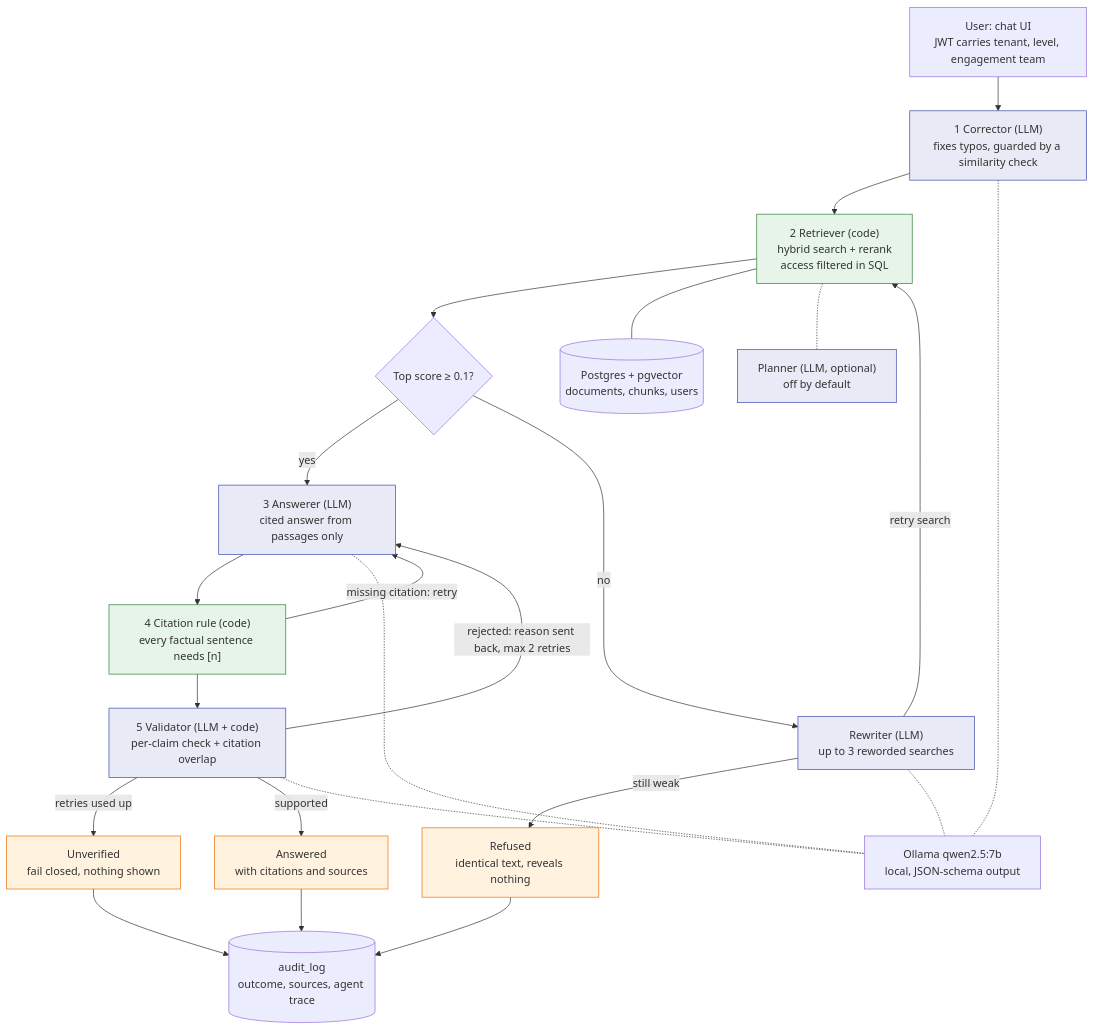
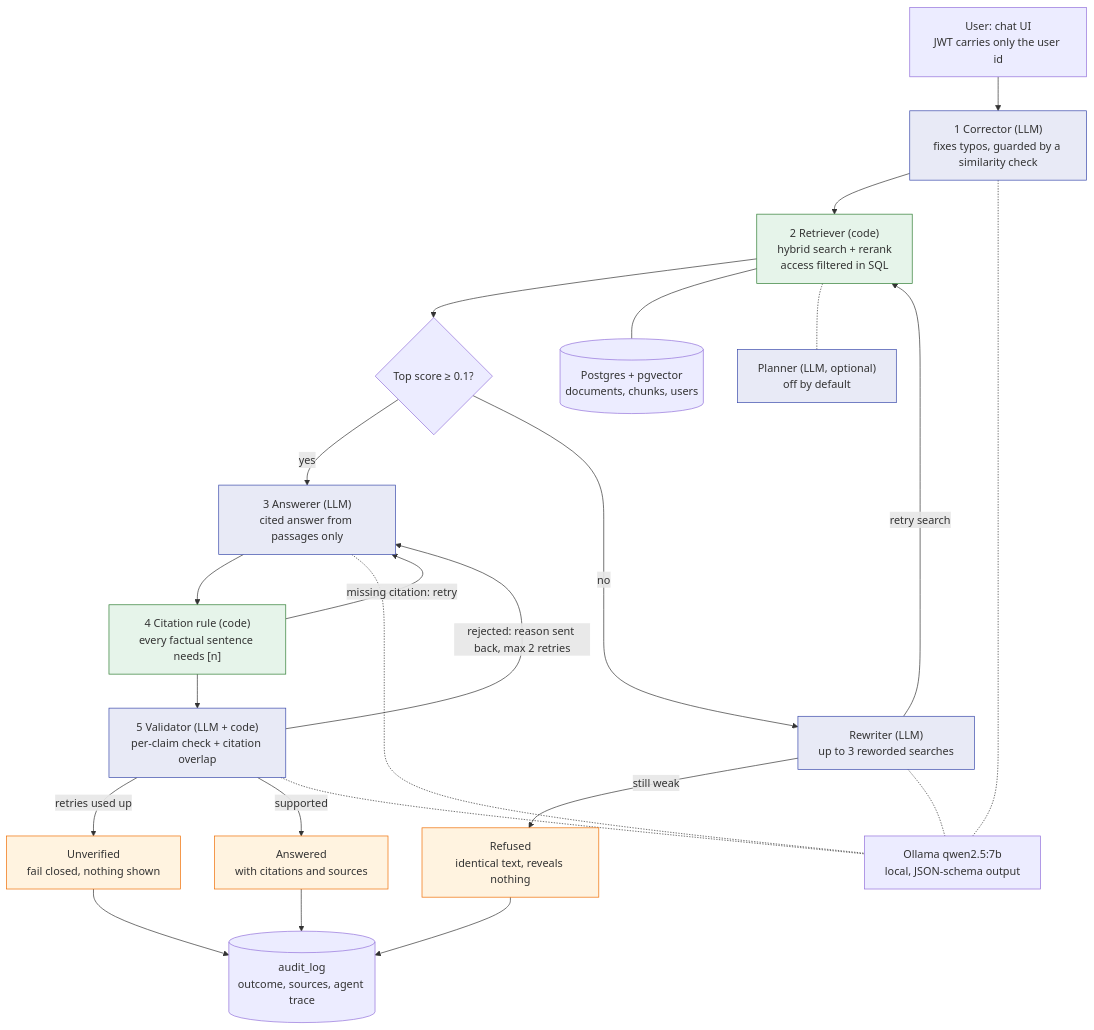
One commit to sanjeet207/enterprise-knowledge-ai changed the diagram in README.md. Above: the diagram before and after it, drawn with Mermaid. The commit also changed other lines of this file, not shown here.

Commit message:
README: JWT carries only the user id; permissions are read from the DB per request

````diff
--- a/README.md
+++ b/README.md
@@ -25,45 +25,45 @@
 ```mermaid
 flowchart TB
-  U["User: chat UI<br/>JWT carries tenant, level, engagement team"]
+  U["User: chat UI<br/>JWT carries only the user id"]
   C["1 Corrector (LLM)<br/>fixes typos, guarded by a similarity check"]
   R["2 Retriever (code)<br/>hybrid search + rerank<br/>access filtered in SQL"]
   T{"Top score ≥ 0.1?"}
   W["Rewriter (LLM)<br/>up to 3 reworded searches"]
   A["3 Answerer (LLM)<br/>cited answer from passages only"]
   CR["4 Citation rule (code)<br/>every factual sentence needs [n]"]
   V["5 Validator (LLM + code)<br/>per-claim check + citation overlap"]
   REF["Refused<br/>identical text, reveals nothing"]
   UNV["Unverified<br/>fail closed, nothing shown"]
   OK["Answered<br/>with citations and sources"]
   LOG[("audit_log<br/>outcome, sources, agent trace")]
   DB[("Postgres + pgvector<br/>documents, chunks, users")]
   LLM["Ollama qwen2.5:7b<br/>local, JSON-schema output"]
 
   U --> C --> R --> T
   T -- yes --> A
   T -- no --> W
   W -- "retry search" --> R
   W -- "still weak" --> REF
   A --> CR
   CR -- "missing citation: retry" --> A
   CR --> V
   V -- "rejected: reason sent back, max 2 retries" --> A
   V -- "retries used up" --> UNV
   V -- supported --> OK
   OK --> LOG
   REF --> LOG
   UNV --> LOG
   R --- DB
   C -.- LLM
   A -.- LLM
   V -.- LLM
   W -.- LLM
   P["Planner (LLM, optional)<br/>off by default"]
   R -.- P
   classDef code fill:#e6f4ea,stroke:#2e7d32
   classDef llm fill:#e8eaf6,stroke:#3949ab
   classDef out fill:#fff3e0,stroke:#ef6c00
   class R,CR code
   class C,W,A,V,P llm
   class REF,UNV,OK out
 ```
````
